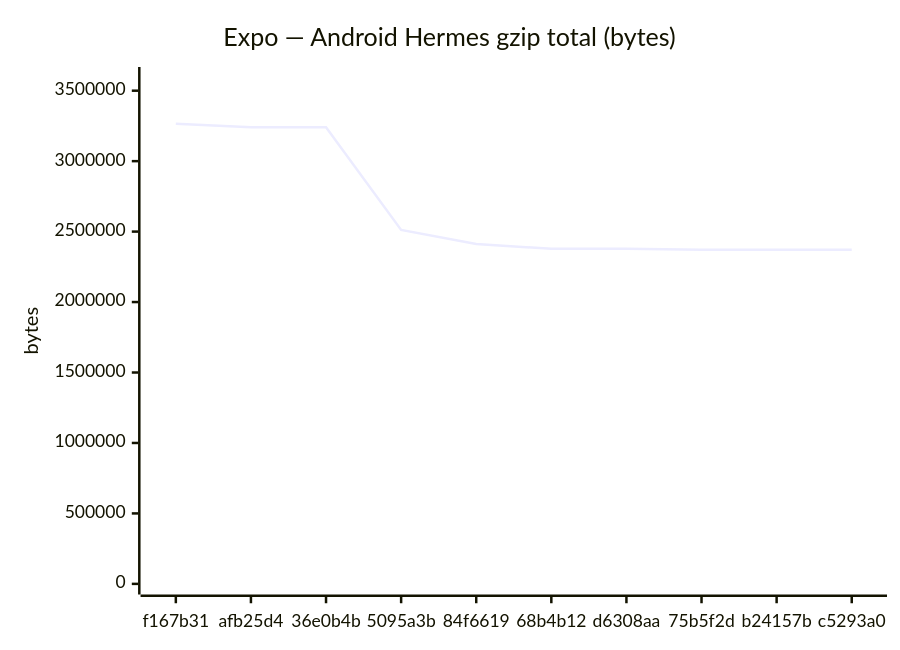
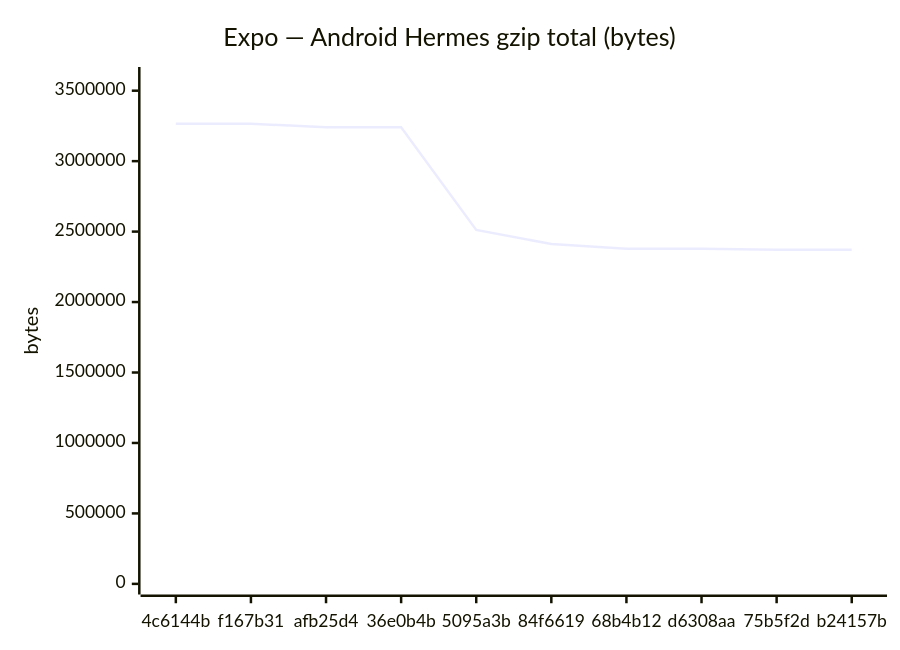
The fifth of 18 diagrams in benchmarks/compare.md (Metaheurist/Rianell), drawn with Mermaid before and after one commit. The commit also changed other lines of this file and 11 other files, not shown here.

````diff
--- a/benchmarks/compare.md
+++ b/benchmarks/compare.md
@@ -89,7 +89,7 @@
 ```mermaid
 xychart-beta
     title "Expo — Android Hermes gzip total (bytes)"
-    x-axis ["f167b31", "afb25d4", "36e0b4b", "5095a3b", "84f6619", "68b4b12", "d6308aa", "75b5f2d", "b24157b", "c5293a0"]
+    x-axis ["4c6144b", "f167b31", "afb25d4", "36e0b4b", "5095a3b", "84f6619", "68b4b12", "d6308aa", "75b5f2d", "b24157b"]
     y-axis "bytes" 0 --> 3592703
-    line [3266093, 3239886, 3240548, 2511667, 2411913, 2377489, 2377488, 2370632, 2370632, 2370634]
+    line [3266092, 3266093, 3239886, 3240548, 2511667, 2411913, 2377489, 2377488, 2370632, 2370632]
 ```
````
